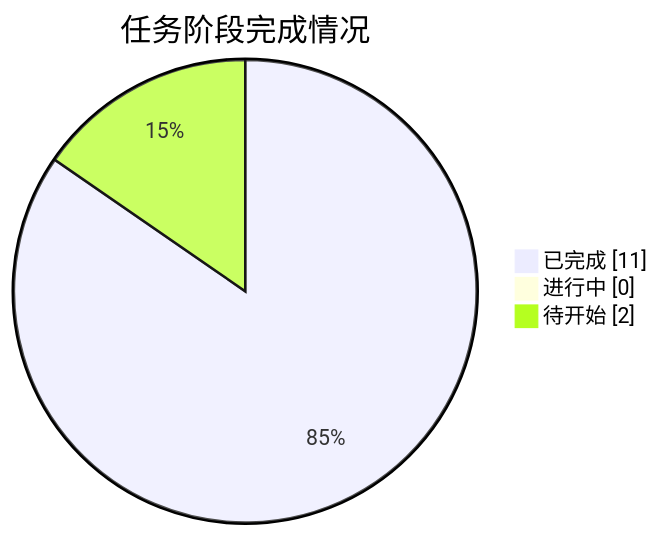
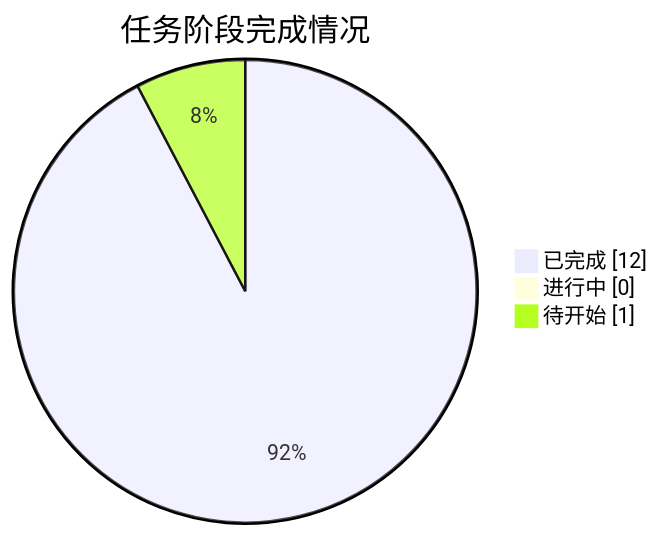
One commit to J-met77/AAW-mathorcup-2025-B-1 changed the diagram in README.md. Above: the diagram before and after it, drawn with Mermaid. The commit also changed other lines of this file and 11 other files, not shown here.

````diff
--- a/README.md
+++ b/README.md
@@ -27,7 +27,7 @@
 ```mermaid
 pie showData
     title 任务阶段完成情况
-    "已完成" : 11
+    "已完成" : 12
     "进行中" : 0
-    "待开始" : 2
+    "待开始" : 1
 ```
````
